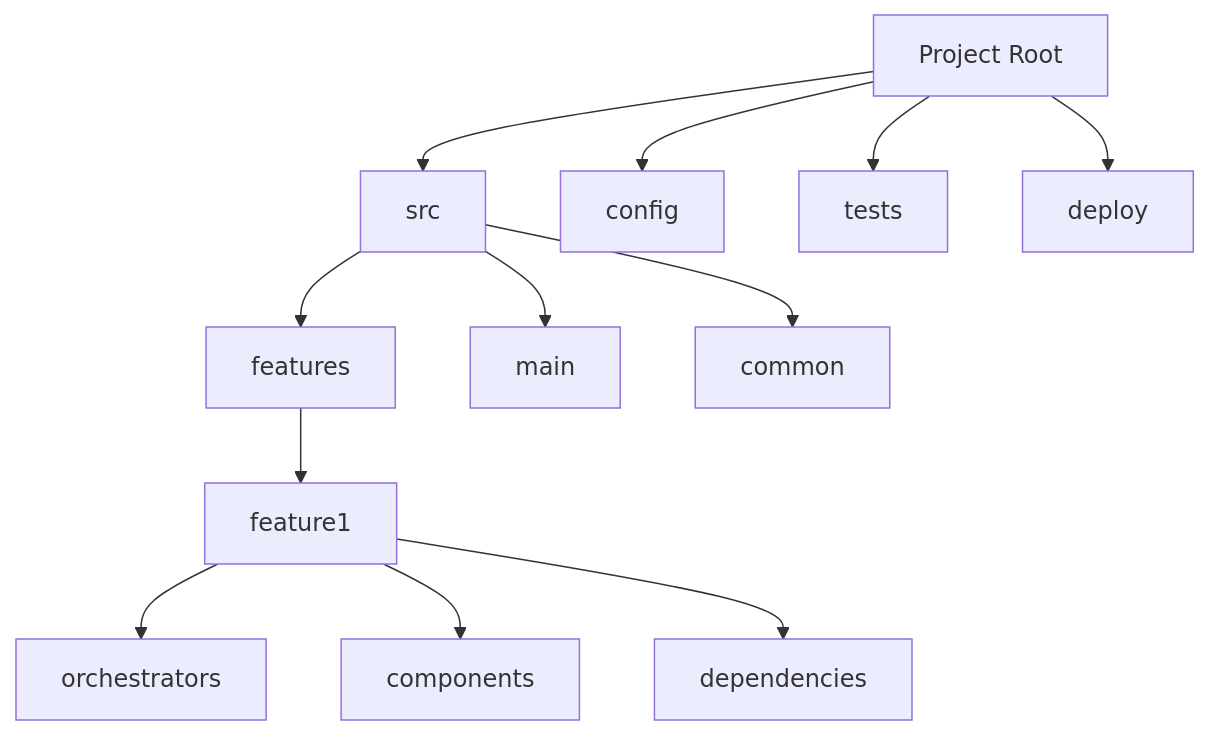
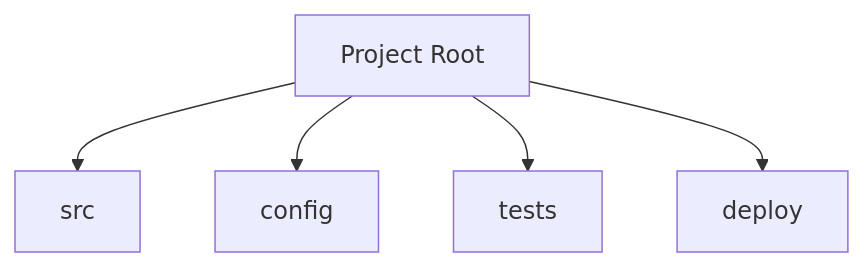
One commit to adico1/standardized-folder-structure-whitepaper changed the first of 2 diagrams in README.md. Above: the diagram before and after it, drawn with Mermaid. The commit also changed other lines of this file and 1 other file, not shown here.

Commit message:
doc: monorepo example

````diff
--- a/README.md
+++ b/README.md
@@ -29,14 +29,8 @@
 ```mermaid
 flowchart TD
-    A[Project Root] --> B[src]
+    A[Project Root]
+    A --> B[src]
     A --> C[config]
     A --> D[tests]
     A --> E[deploy]
-    B --> F[features]
-    F --> F1[feature1]
-    F1 --> F1a[orchestrators]
-    F1 --> F1b[components]
-    F1 --> F1c[dependencies]
-    B --> G[main]
-    B --> H[common]
 ```
````
